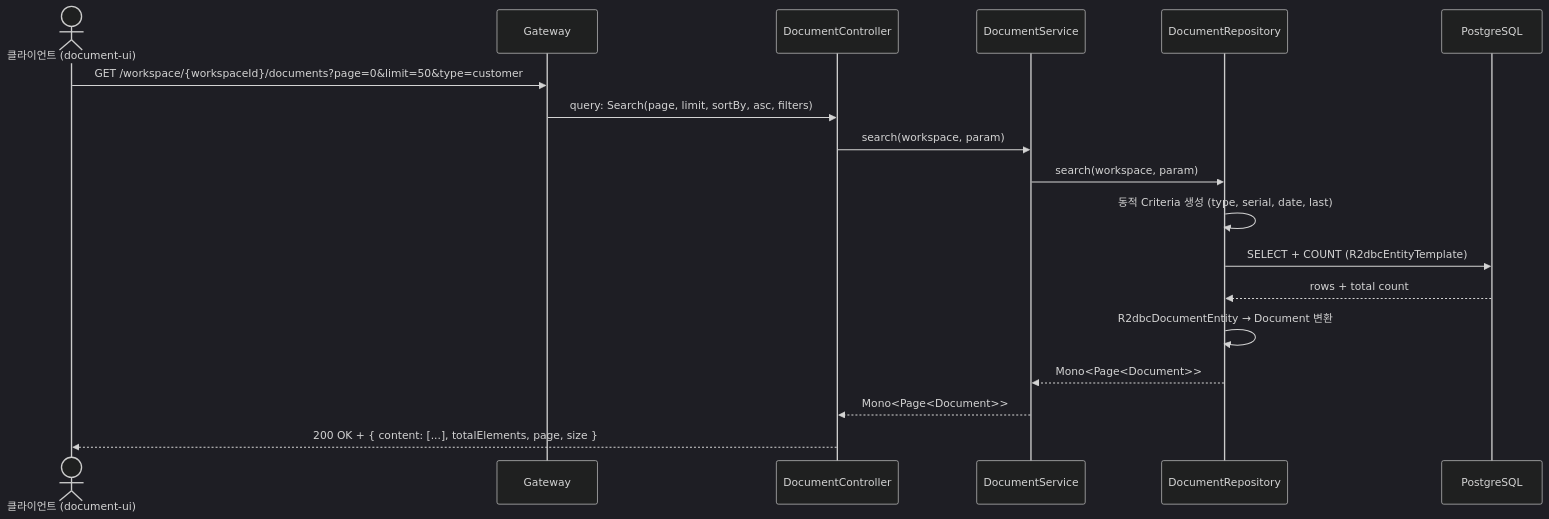
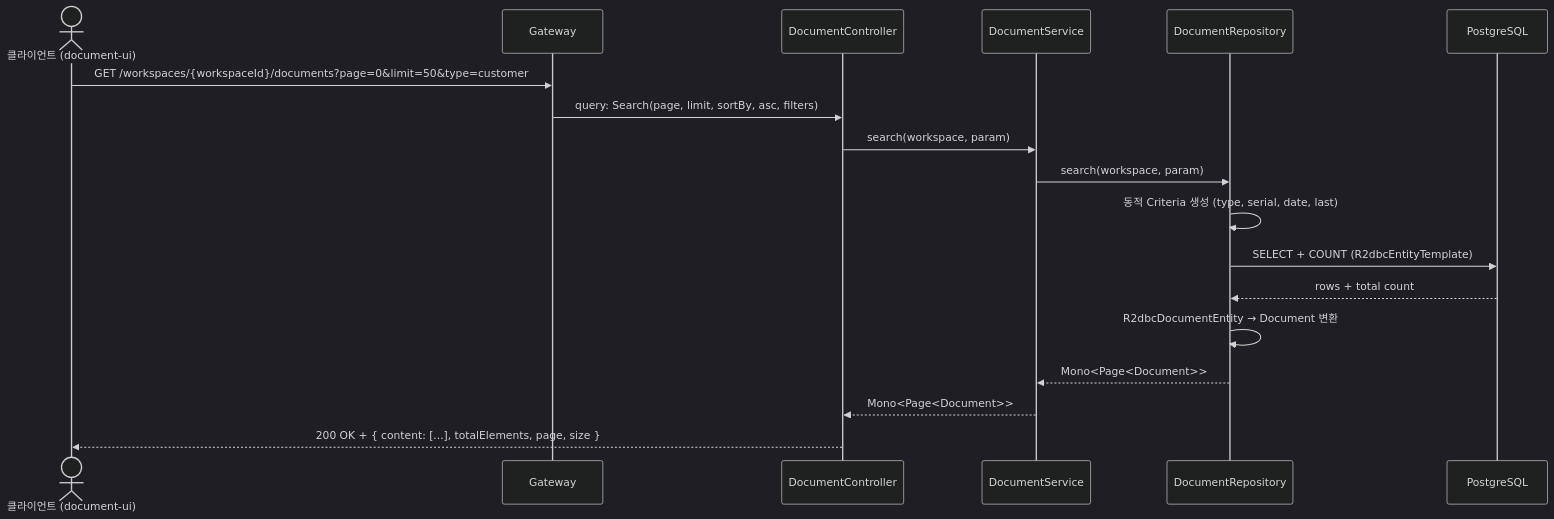
One commit to sayaya1090/handbook changed the first of 4 diagrams in document-query/USECASE.md. Above: the diagram before and after it, drawn with Mermaid (dark theme). The commit also changed other lines of this file and 58 other files, not shown here.

````diff
--- a/document-query/USECASE.md
+++ b/document-query/USECASE.md
@@ -5,21 +5,21 @@
 ```mermaid
 sequenceDiagram
     actor Client as 클라이언트 (document-ui)
     participant GW as Gateway
     participant Ctrl as DocumentController
     participant Svc as DocumentService
     participant Repo as DocumentRepository
     participant DB as PostgreSQL
 
-    Client->>GW: GET /workspace/{workspaceId}/documents?page=0&limit=50&type=customer
+    Client->>GW: GET /workspaces/{workspaceId}/documents?page=0&limit=50&type=customer
     GW->>Ctrl: query: Search(page, limit, sortBy, asc, filters)
     Ctrl->>Svc: search(workspace, param)
     Svc->>Repo: search(workspace, param)
     Repo->>Repo: 동적 Criteria 생성 (type, serial, date, last)
     Repo->>DB: SELECT + COUNT (R2dbcEntityTemplate)
     DB-->>Repo: rows + total count
     Repo->>Repo: R2dbcDocumentEntity → Document 변환
     Repo-->>Svc: Mono<Page<Document>>
     Svc-->>Ctrl: Mono<Page<Document>>
     Ctrl-->>Client: 200 OK + { content: [...], totalElements, page, size }
 ```
````
